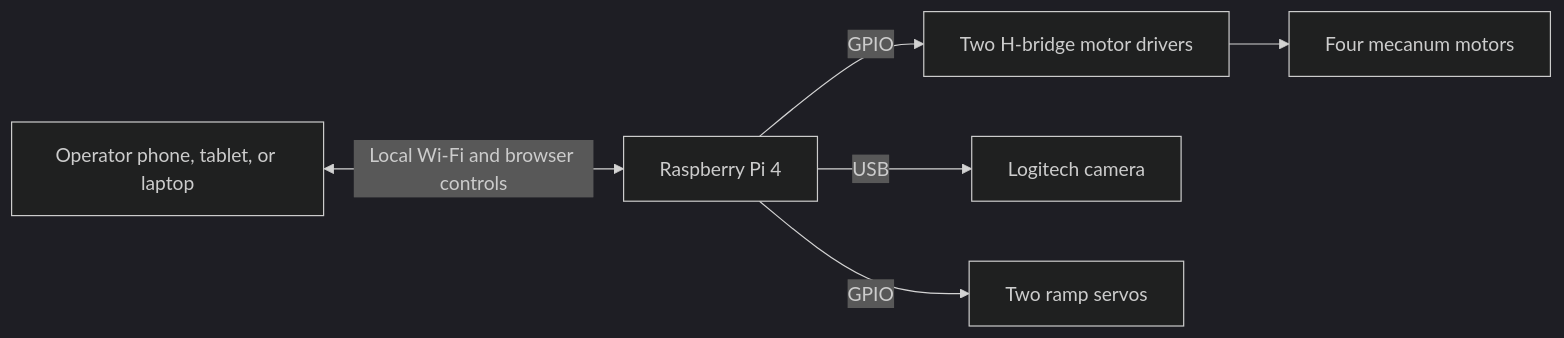
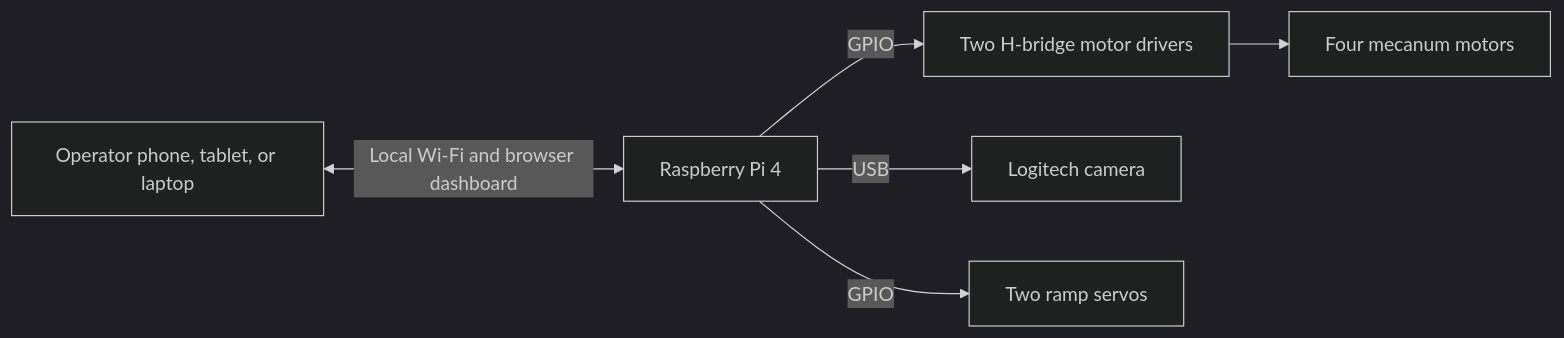
One commit to AloeVeraZ/CityTechClubProjects changed the diagram in stem-research-academy/README.md. Above: the diagram before and after it, drawn with Mermaid (dark theme). The commit also changed other lines of this file and 15 other files, not shown here.

````diff
--- a/stem-research-academy/README.md
+++ b/stem-research-academy/README.md
@@ -51,8 +85,8 @@
 ```mermaid
 flowchart LR
-    O["Operator phone, tablet, or laptop"] <-->|"Local Wi-Fi and browser controls"| P["Raspberry Pi 4"]
+    O["Operator phone, tablet, or laptop"] <-->|"Local Wi-Fi and browser dashboard"| P["Raspberry Pi 4"]
     P -->|"GPIO"| D["Two H-bridge motor drivers"]
     D --> M["Four mecanum motors"]
     P -->|"USB"| C["Logitech camera"]
     P -->|"GPIO"| S["Two ramp servos"]
 ```
````
